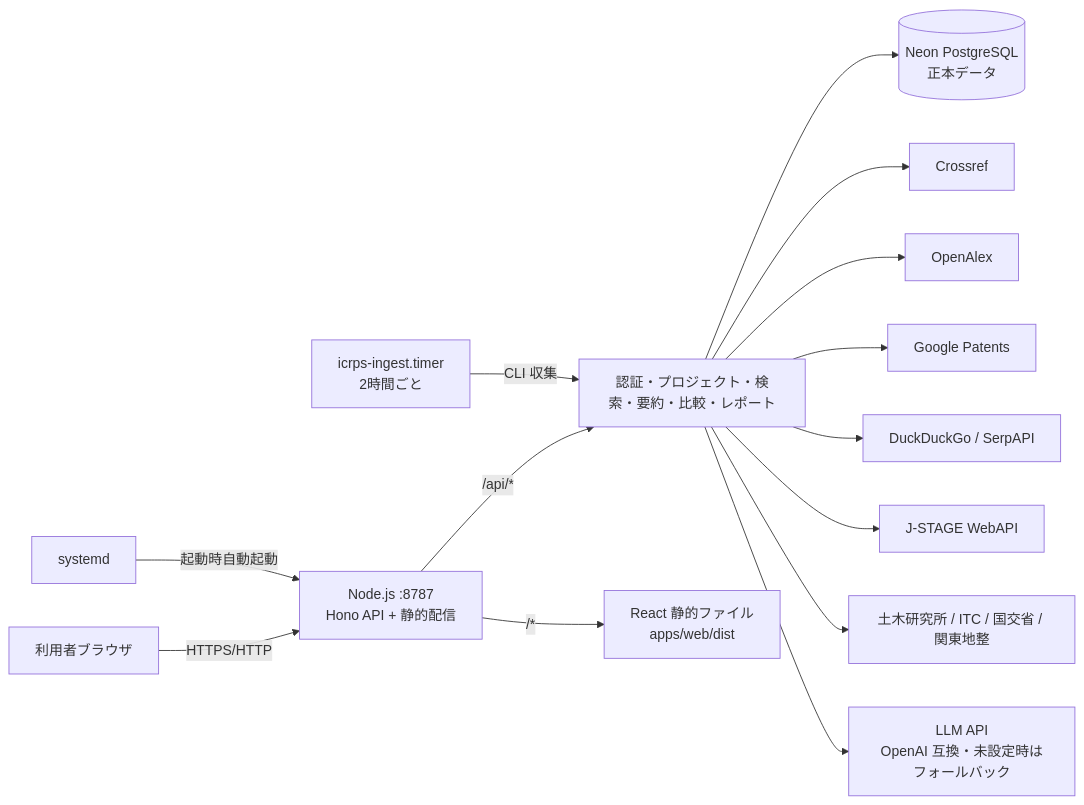
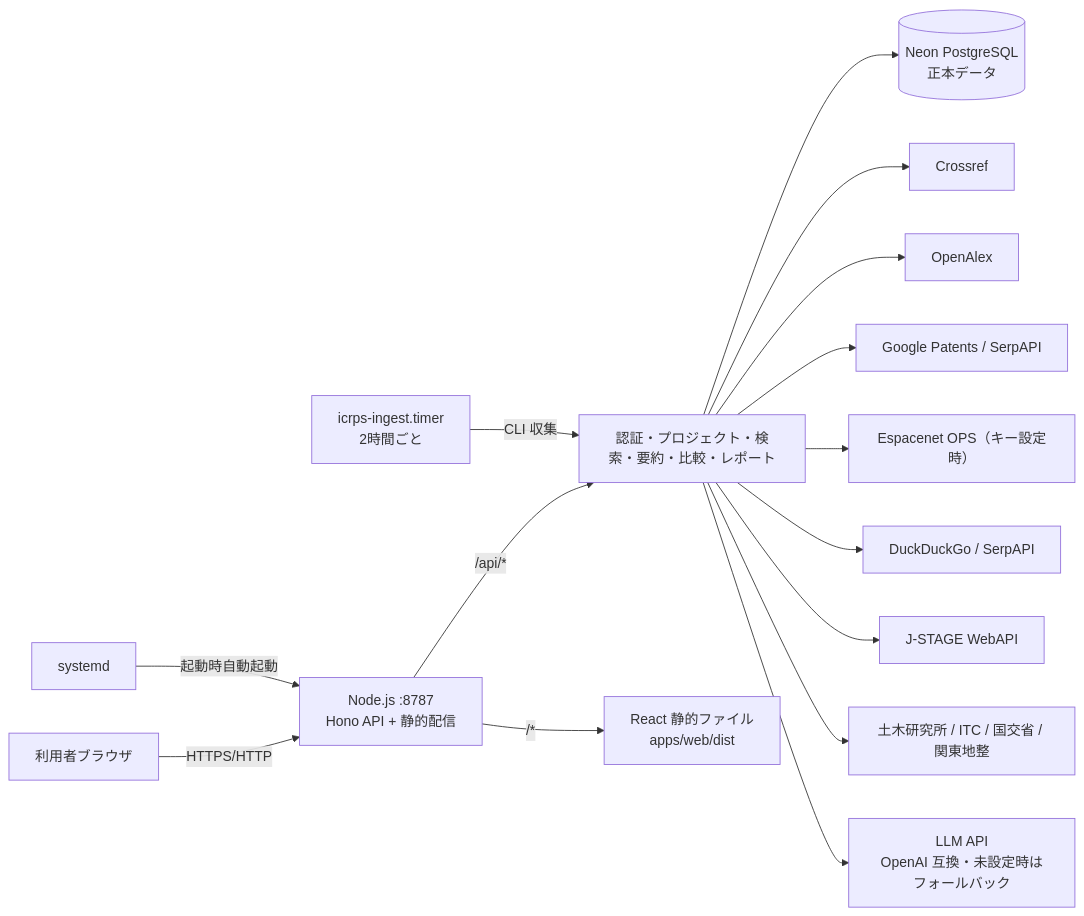
Before and after one commit to Kensan196948G/International-Civil-Research-Patent-Scout: the first of 2 diagrams in README.md, drawn with Mermaid. The commit also changed other lines of this file and 18 other files, not shown here.

````diff
--- a/README.md
+++ b/README.md
@@ -21,16 +22,17 @@
 ```mermaid
 flowchart LR
     U[利用者ブラウザ] -->|HTTPS/HTTP| N[Node.js :8787<br/>Hono API + 静的配信]
     N -->|/api/*| A[認証・プロジェクト・検索・要約・比較・レポート]
     N -->|/*| S[React 静的ファイル<br/>apps/web/dist]
     A --> D[(Neon PostgreSQL<br/>正本データ)]
     A --> C1[Crossref]
     A --> C2[OpenAlex]
-    A --> C3[Google Patents]
+    A --> C3[Google Patents / SerpAPI]
+    A --> C3b[Espacenet OPS（キー設定時）]
     A --> C4[DuckDuckGo / SerpAPI]
     A --> C5[J-STAGE WebAPI]
     A --> C6[土木研究所 / ITC / 国交省 / 関東地整]
     A --> L[LLM API<br/>OpenAI 互換・未設定時はフォールバック]
     I[icrps-ingest.timer<br/>2時間ごと] -->|CLI 収集| A
     systemd -->|起動時自動起動| N
 ```
````
